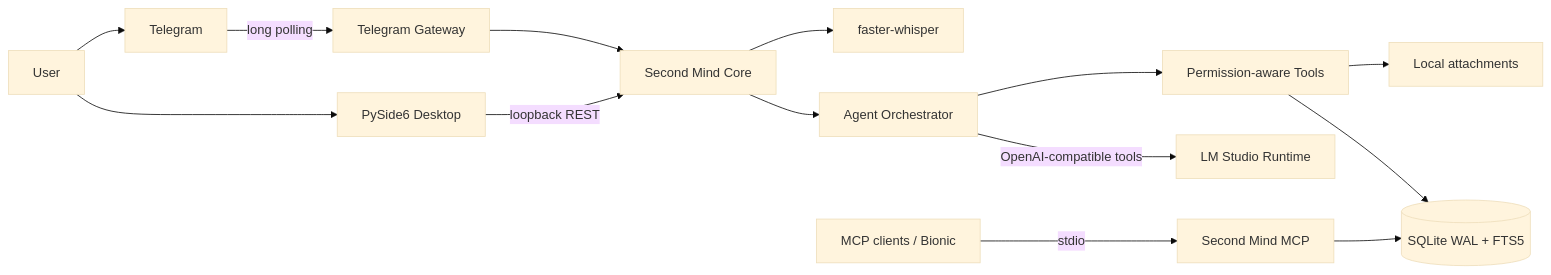
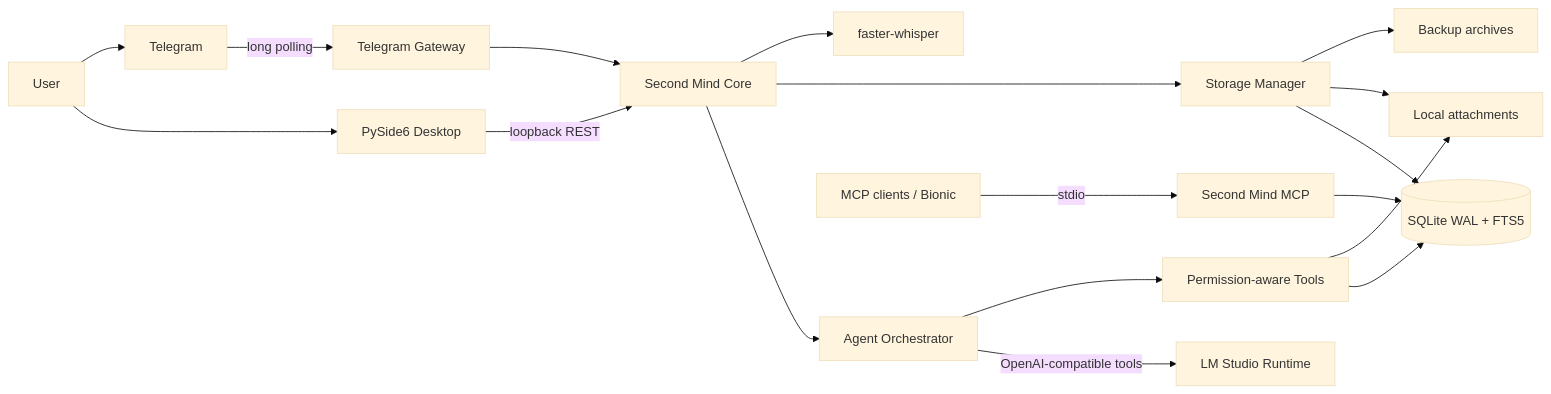
Before and after one commit to markKikhtenko/second-mind: the first of 2 diagrams in docs/architecture.md, drawn with Mermaid (base theme). The commit also changed other lines of this file and 37 other files, not shown here.

````diff
--- a/docs/architecture.md
+++ b/docs/architecture.md
@@ -5,16 +5,20 @@
 ```mermaid
 flowchart LR
   U[User] --> D[PySide6 Desktop]
   U --> T[Telegram]
   D -->|loopback REST| C[Second Mind Core]
   T -->|long polling| G[Telegram Gateway]
   G --> C
   C --> O[Agent Orchestrator]
   O -->|OpenAI-compatible tools| L[LM Studio Runtime]
   O --> R[Permission-aware Tools]
   R --> S[(SQLite WAL + FTS5)]
   R --> F[Local attachments]
+  C --> B[Storage Manager]
+  B --> S
+  B --> F
+  B --> A[Backup archives]
   C --> W[faster-whisper]
   M[MCP clients / Bionic] -->|stdio| P[Second Mind MCP]
   P --> S
 ```
````
